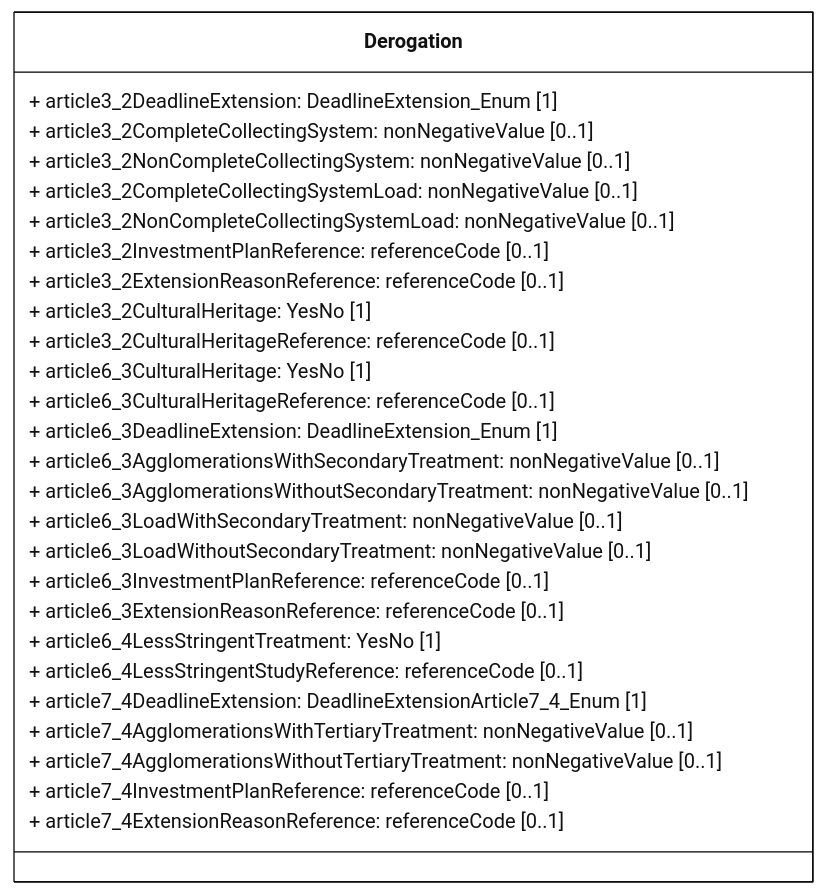
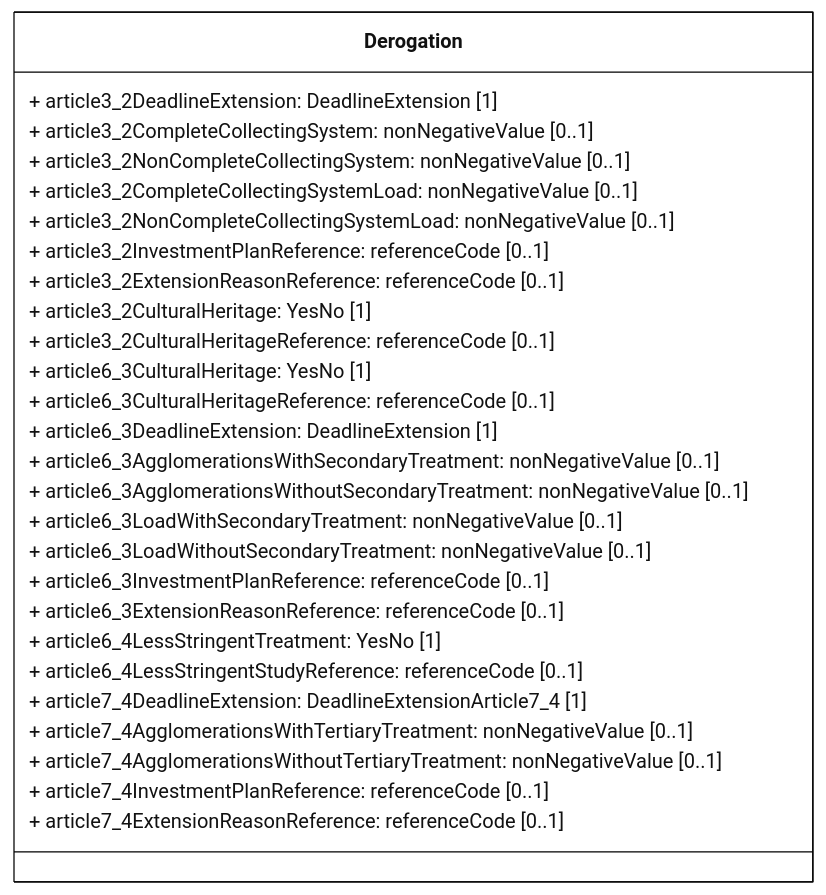
One commit to eeadata/WISE.UWWTD.Documentation changed the diagram in docs/rUWWTD2024/Article23/mmd/Article23_Derogation_ClassDiagram.mmd. Above: the diagram before and after it, drawn with Mermaid. The commit also changed 13 other files, not shown here.

First line of the commit message:
Drop the _Enum suffix from Article 23 codelist types

```diff
--- a/docs/rUWWTD2024/Article23/mmd/Article23_Derogation_ClassDiagram.mmd
+++ b/docs/rUWWTD2024/Article23/mmd/Article23_Derogation_ClassDiagram.mmd
@@ -1,44 +1,44 @@
 ---
 config:
   class:
     hideEmptyMembersBox: true
   layout: dagre
   theme: neutral
 ---
 classDiagram
 direction LR
 
 class Derogation{
-    + article3_2DeadlineExtension: DeadlineExtension_Enum [1]
+    + article3_2DeadlineExtension: DeadlineExtension [1]
     + article3_2CompleteCollectingSystem: nonNegativeValue [0..1]
     + article3_2NonCompleteCollectingSystem: nonNegativeValue [0..1]
     + article3_2CompleteCollectingSystemLoad: nonNegativeValue [0..1]
     + article3_2NonCompleteCollectingSystemLoad: nonNegativeValue [0..1]
     + article3_2InvestmentPlanReference: referenceCode [0..1]
     + article3_2ExtensionReasonReference: referenceCode [0..1]
 
     + article3_2CulturalHeritage: YesNo [1]
     + article3_2CulturalHeritageReference: referenceCode [0..1]
     + article6_3CulturalHeritage: YesNo [1]
     + article6_3CulturalHeritageReference: referenceCode [0..1]
 
-    + article6_3DeadlineExtension: DeadlineExtension_Enum [1]
+    + article6_3DeadlineExtension: DeadlineExtension [1]
     + article6_3AgglomerationsWithSecondaryTreatment: nonNegativeValue [0..1]
     + article6_3AgglomerationsWithoutSecondaryTreatment: nonNegativeValue [0..1]
     + article6_3LoadWithSecondaryTreatment: nonNegativeValue [0..1]
     + article6_3LoadWithoutSecondaryTreatment: nonNegativeValue [0..1]
     + article6_3InvestmentPlanReference: referenceCode [0..1]
     + article6_3ExtensionReasonReference: referenceCode [0..1]
 
     + article6_4LessStringentTreatment: YesNo [1]
     + article6_4LessStringentStudyReference: referenceCode [0..1]
 
-    + article7_4DeadlineExtension: DeadlineExtensionArticle7_4_Enum [1]
+    + article7_4DeadlineExtension: DeadlineExtensionArticle7_4 [1]
     + article7_4AgglomerationsWithTertiaryTreatment: nonNegativeValue [0..1]
     + article7_4AgglomerationsWithoutTertiaryTreatment: nonNegativeValue [0..1]
     + article7_4InvestmentPlanReference: referenceCode [0..1]
     + article7_4ExtensionReasonReference: referenceCode [0..1]
 }
 
 classDef default fill:white,stroke:#000;
 classDef forFixing fill:white,stroke:#f00;
```
